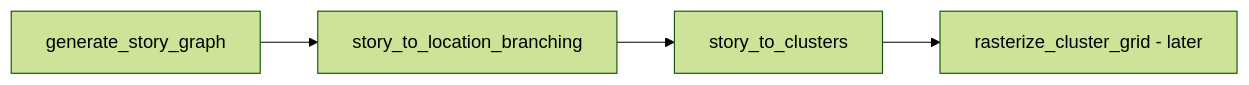
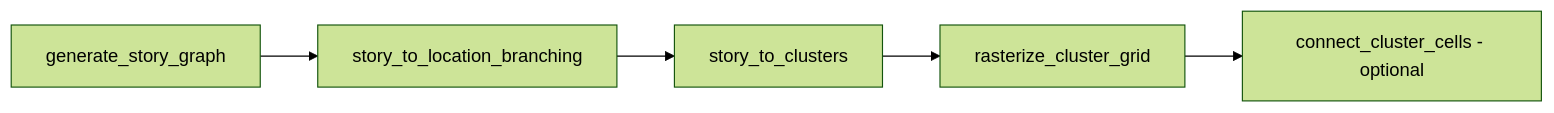
The diagram in docs/story-graph.md (silentorb/margen), drawn with Mermaid (forest theme) before and after one commit. The commit also changed other lines of this file and 25 other files, not shown here.

Commit message:
Port cluster rasterization and optional connection so generate_story_grid expands story nodes into room-sized cell footprints.

````diff
--- a/docs/story-graph.md
+++ b/docs/story-graph.md
@@ -7,8 +7,9 @@
 ```mermaid
 flowchart LR
   GS[generate_story_graph]
   LB[story_to_location_branching]
   SC[story_to_clusters]
-  RG[rasterize_cluster_grid - later]
-  GS --> LB --> SC --> RG
+  RG[rasterize_cluster_grid]
+  CC[connect_cluster_cells - optional]
+  GS --> LB --> SC --> RG --> CC
 ```
````
